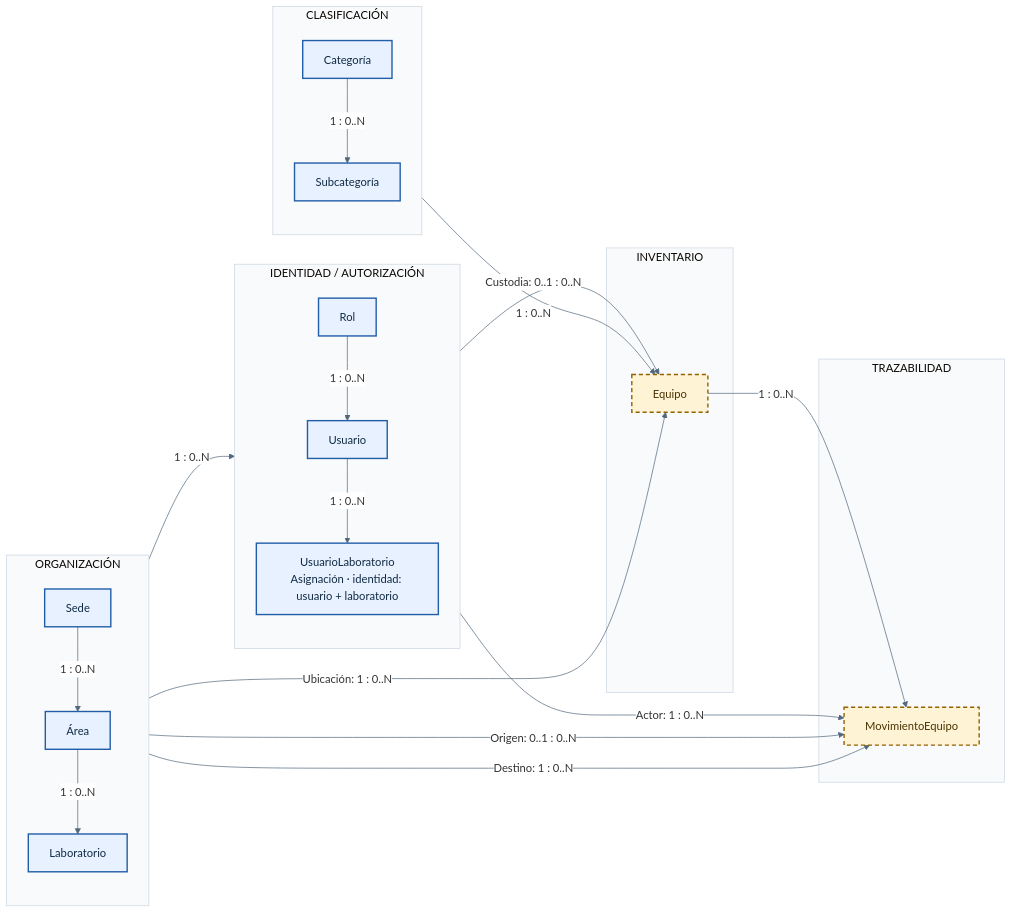
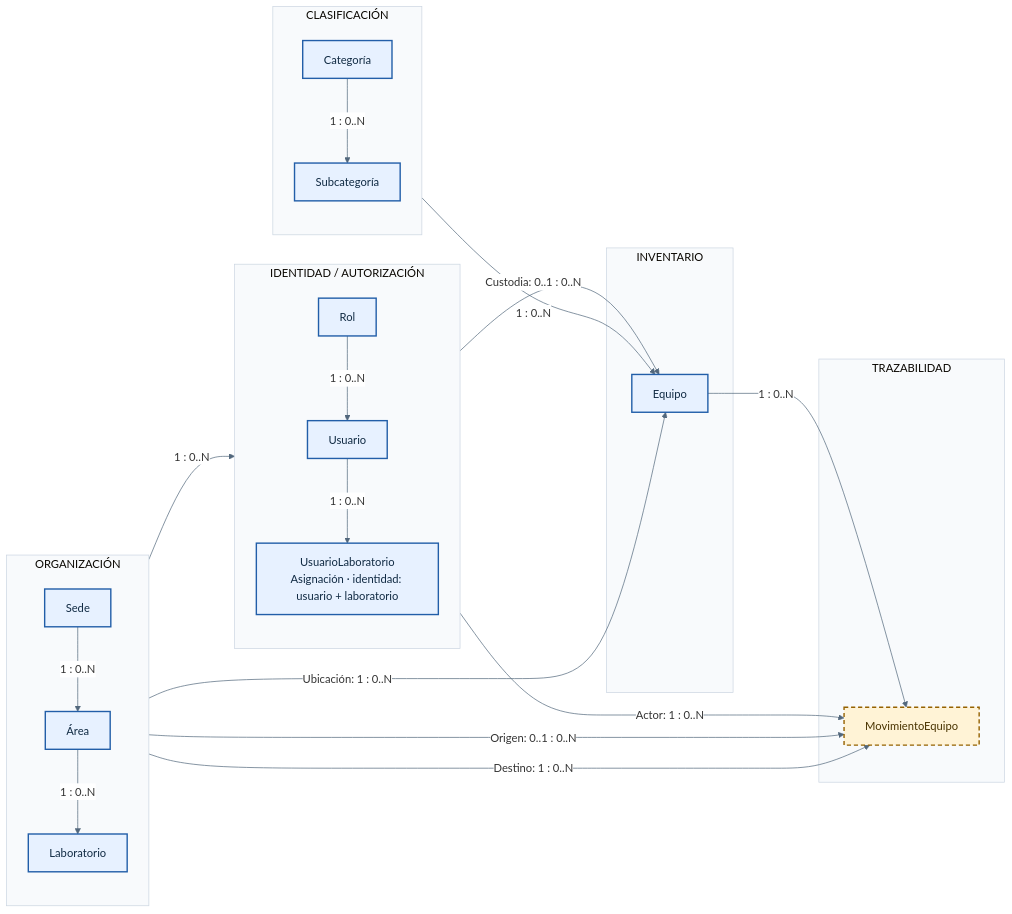
The diagram in docs/Erd_actual/erd-logico-v2.md (markopuch/inventario-laboratorios), drawn with Mermaid before and after one commit. The commit also changed other lines of this file and 35 other files, not shown here.

````diff
--- a/docs/Erd_actual/erd-logico-v2.md
+++ b/docs/Erd_actual/erd-logico-v2.md
@@ -23,50 +23,50 @@
 ```mermaid
 %%{init: {"theme":"base","fontFamily":"Arial, sans-serif","themeVariables":{"fontFamily":"Arial, sans-serif","fontSize":"16px","lineColor":"#52677C","clusterBkg":"#F8FAFC","clusterBorder":"#CBD5E1","edgeLabelBackground":"#FFFFFF"},"themeCSS":".nodeLabel,.edgeLabel{font-family:Arial,sans-serif!important;}","flowchart":{"useMaxWidth":false,"htmlLabels":true,"curve":"basis","nodeSpacing":42,"rankSpacing":72}}}%%
 flowchart LR
     subgraph ORG["ORGANIZACIÓN"]
         direction TB
         Sede["Sede"]
         Area["Área"]
         Laboratorio["Laboratorio"]
         Sede -->|"1 : 0..N"| Area
         Area -->|"1 : 0..N"| Laboratorio
     end
 
     subgraph CLA["CLASIFICACIÓN"]
         direction TB
         Categoria["Categoría"]
         Subcategoria["Subcategoría"]
         Categoria -->|"1 : 0..N"| Subcategoria
     end
 
     subgraph IDA["IDENTIDAD / AUTORIZACIÓN"]
         direction TB
         Rol["Rol"]
         Usuario["Usuario"]
         UsuarioLaboratorio["UsuarioLaboratorio<br/>Asignación · identidad: usuario + laboratorio"]
         Rol -->|"1 : 0..N"| Usuario
         Usuario -->|"1 : 0..N"| UsuarioLaboratorio
     end
 
     subgraph INV["INVENTARIO"]
         Equipo["Equipo"]
     end
 
     subgraph TRA["TRAZABILIDAD"]
         MovimientoEquipo["MovimientoEquipo"]
     end
 
     Laboratorio -->|"1 : 0..N"| UsuarioLaboratorio
     Subcategoria -->|"1 : 0..N"| Equipo
     Laboratorio -->|"Ubicación: 1 : 0..N"| Equipo
     Usuario -->|"Custodia: 0..1 : 0..N"| Equipo
     Equipo -->|"1 : 0..N"| MovimientoEquipo
     Usuario -->|"Actor: 1 : 0..N"| MovimientoEquipo
     Laboratorio -->|"Origen: 0..1 : 0..N"| MovimientoEquipo
     Laboratorio -->|"Destino: 1 : 0..N"| MovimientoEquipo
 
     classDef implementado fill:#E7F1FF,stroke:#225EA8,stroke-width:2px,color:#102A43;
     classDef futuro fill:#FFF3D6,stroke:#956200,stroke-width:2px,stroke-dasharray:6 4,color:#493300;
-    class Sede,Area,Laboratorio,Categoria,Subcategoria,Rol,Usuario,UsuarioLaboratorio implementado;
-    class Equipo,MovimientoEquipo futuro;
+    class Sede,Area,Laboratorio,Categoria,Subcategoria,Rol,Usuario,UsuarioLaboratorio,Equipo implementado;
+    class MovimientoEquipo futuro;
 ```
````
